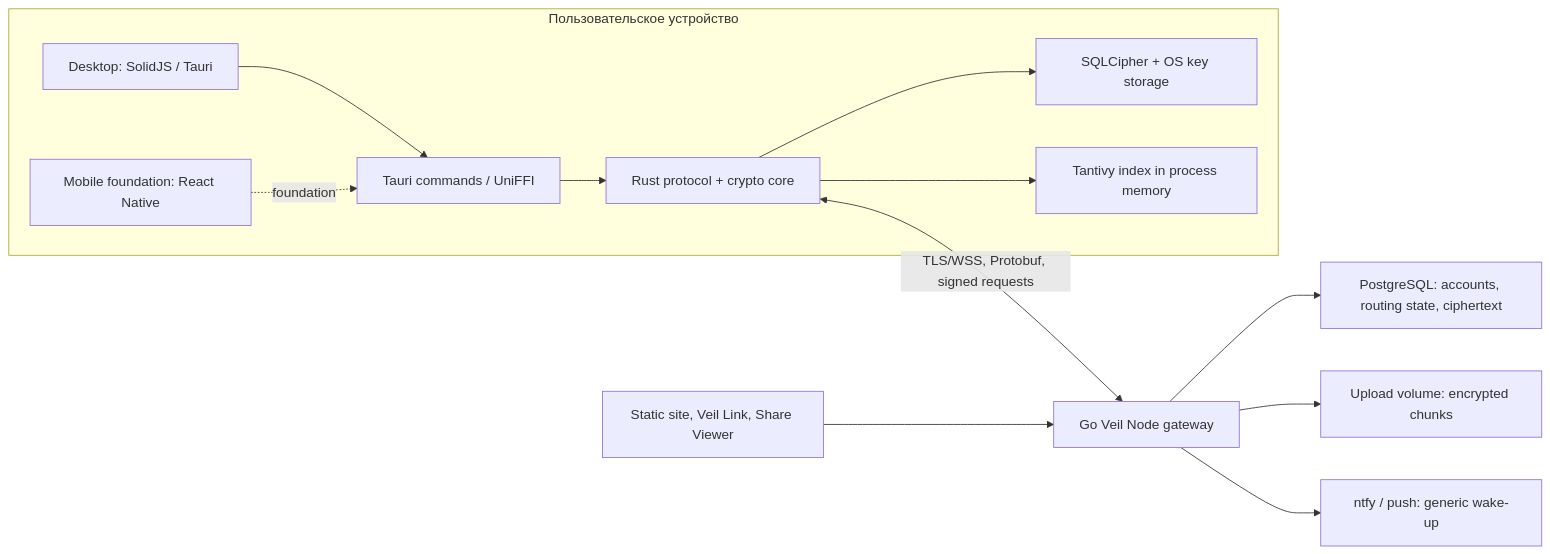
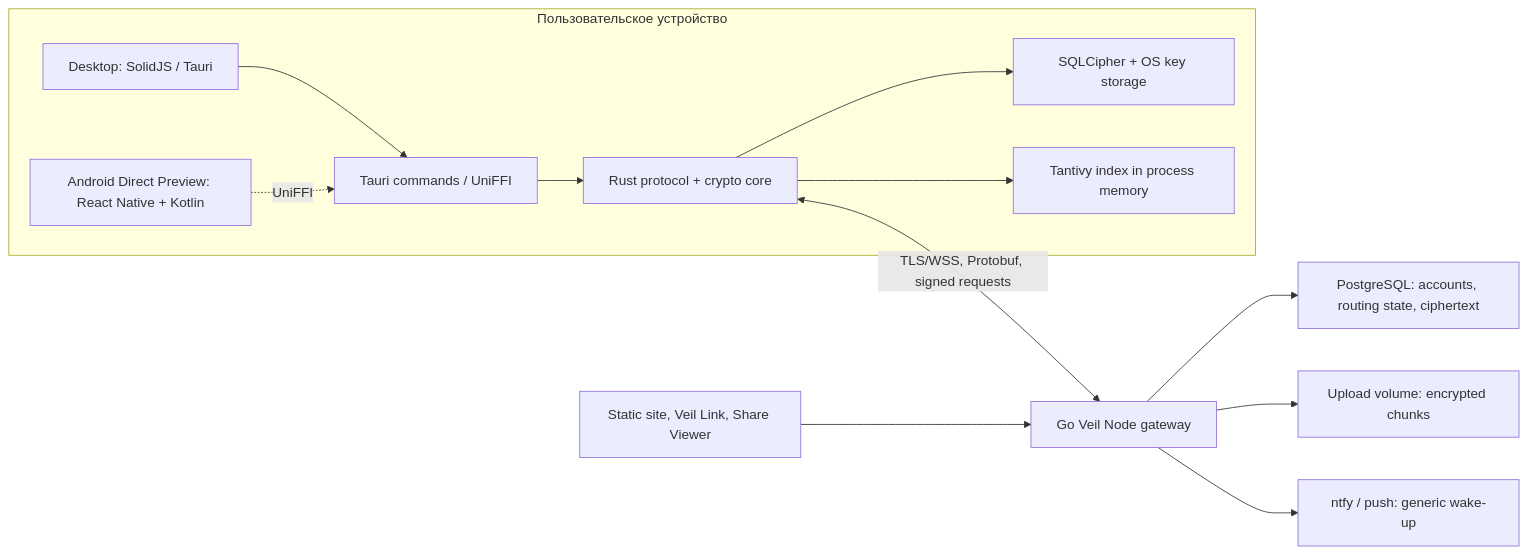
The diagram in docs/architecture.md (NaveLIL/veil), drawn with Mermaid before and after one commit. The commit also changed other lines of this file and 4 other files, not shown here.

Commit message:
docs: sync Android Direct Preview checkpoints

```diff
--- a/docs/architecture.md
+++ b/docs/architecture.md
@@ -9,23 +9,23 @@
 ~~~mermaid
 flowchart LR
     subgraph Device["Пользовательское устройство"]
         UI["Desktop: SolidJS / Tauri"]
-        Mobile["Mobile foundation: React Native"]
+        Mobile["Android Direct Preview: React Native + Kotlin"]
         FFI["Tauri commands / UniFFI"]
         Core["Rust protocol + crypto core"]
         Store["SQLCipher + OS key storage"]
         Search["Tantivy index in process memory"]
 
         UI --> FFI
-        Mobile -. "foundation" .-> FFI
+        Mobile -. "UniFFI" .-> FFI
         FFI --> Core
         Core --> Store
         Core --> Search
     end
 
     Core <-->|"TLS/WSS, Protobuf, signed requests"| Node["Go Veil Node gateway"]
     Node --> DB["PostgreSQL: accounts, routing state, ciphertext"]
     Node --> Uploads["Upload volume: encrypted chunks"]
     Node --> Push["ntfy / push: generic wake-up"]
     Browser["Static site, Veil Link, Share Viewer"] --> Node
 ~~~
```
